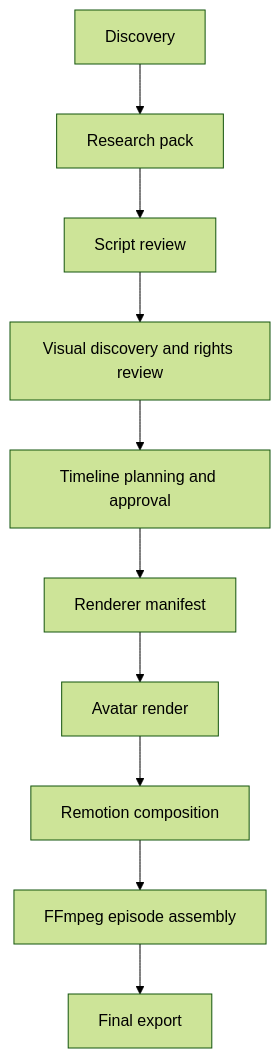
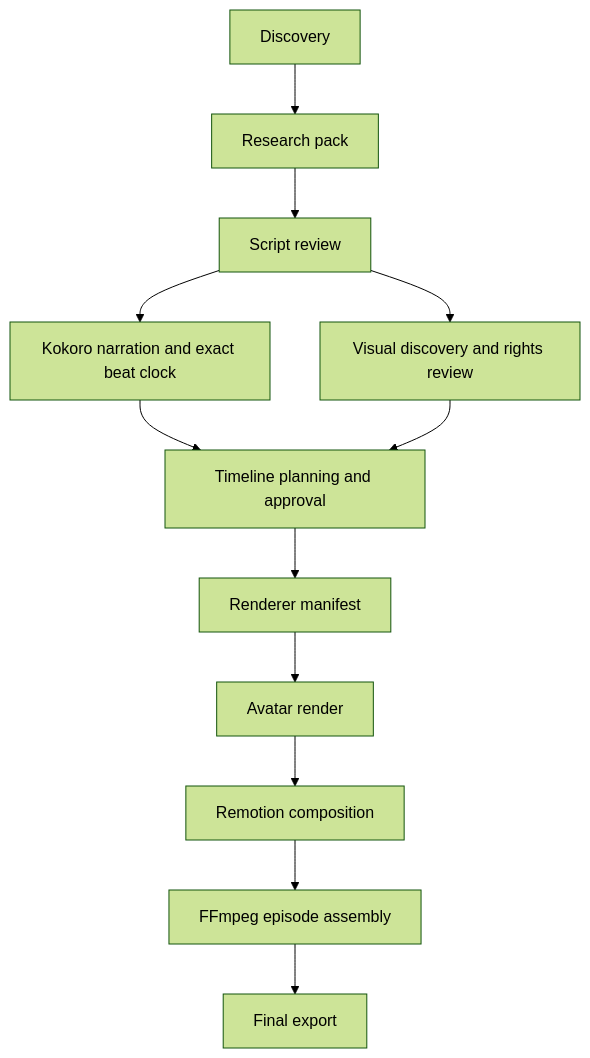
One commit to Arkane-o7/SynthPost changed the second of 2 diagrams in docs/ARCHITECTURE.md. Above: the diagram before and after it, drawn with Mermaid (forest theme). The commit also changed other lines of this file and 49 other files, not shown here.

````diff
--- a/docs/ARCHITECTURE.md
+++ b/docs/ARCHITECTURE.md
@@ -53,12 +54,14 @@
 ```mermaid
 flowchart TD
   D[Discovery] --> R[Research pack]
   R --> S[Script review]
+  S --> N[Kokoro narration and exact beat clock]
   S --> V[Visual discovery and rights review]
-  V --> T[Timeline planning and approval]
+  N --> T[Timeline planning and approval]
+  V --> T
   T --> M[Renderer manifest]
   M --> A[Avatar render]
   A --> C[Remotion composition]
   C --> F[FFmpeg episode assembly]
   F --> O[Final export]
 ```
````
